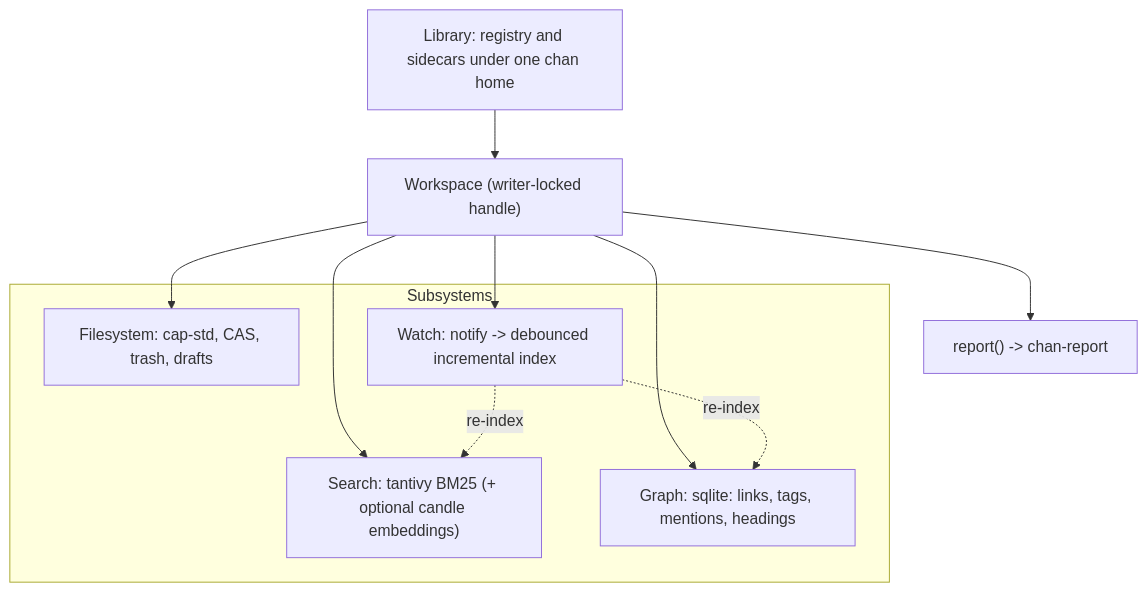
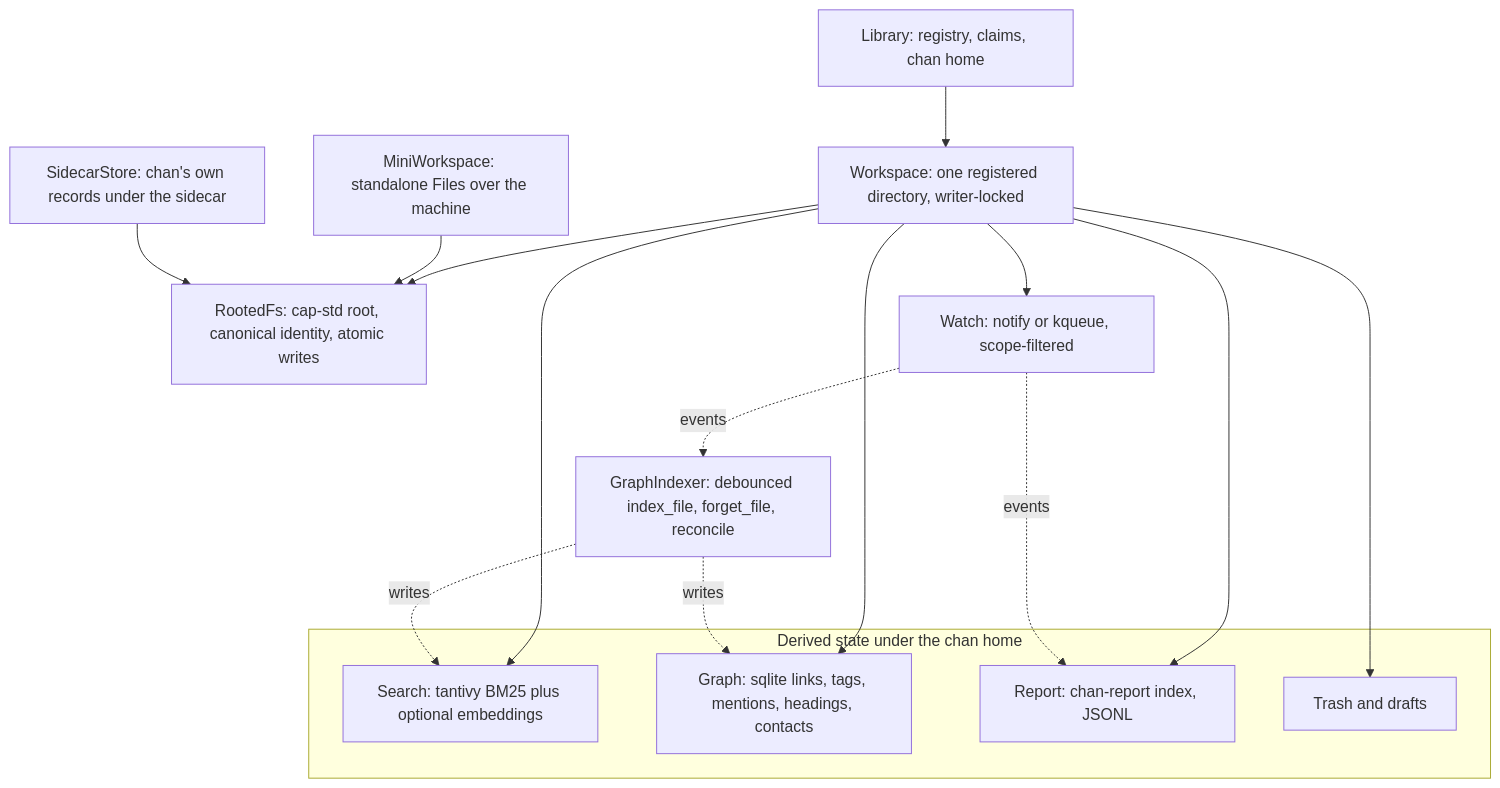
Before and after one commit to fiorix/chan: the first of 5 diagrams in crates/chan-workspace/design.md, drawn with Mermaid. The commit also changed other lines of this file and 10 other files, not shown here.

````diff
--- a/crates/chan-workspace/design.md
+++ b/crates/chan-workspace/design.md
@@ -36,17 +15,23 @@
 ```mermaid
 flowchart TB
-  Lib["Library: registry and sidecars under one chan home"] --> WS["Workspace (writer-locked handle)"]
-  subgraph Subsystems
-    FS["Filesystem: cap-std, CAS, trash, drafts"]
-    Search["Search: tantivy BM25 (+ optional candle embeddings)"]
-    Graph["Graph: sqlite: links, tags, mentions, headings"]
-    Watch["Watch: notify -> debounced incremental index"]
+  Lib["Library: registry, claims, chan home"] --> WS["Workspace: one registered directory, writer-locked"]
+  Core["RootedFs: cap-std root, canonical identity, atomic writes"]
+  WS --> Core
+  Mini["MiniWorkspace: standalone Files over the machine"] --> Core
+  Side["SidecarStore: chan's own records under the sidecar"] --> Core
+  subgraph Derived["Derived state under the chan home"]
+    Search["Search: tantivy BM25 plus optional embeddings"]
+    Graph["Graph: sqlite links, tags, mentions, headings, contacts"]
+    Report["Report: chan-report index, JSONL"]
+    Trash["Trash and drafts"]
   end
-  WS --> FS
   WS --> Search
   WS --> Graph
-  WS --> Watch
-  Watch -. re-index .-> Search
-  Watch -. re-index .-> Graph
-  WS --> Report["report() -> chan-report"]
+  WS --> Report
+  WS --> Trash
+  WS --> Watch["Watch: notify or kqueue, scope-filtered"]
+  Watch -. events .-> Indexer["GraphIndexer: debounced index_file, forget_file, reconcile"]
+  Watch -. events .-> Report
+  Indexer -. writes .-> Search
+  Indexer -. writes .-> Graph
 ```
````
